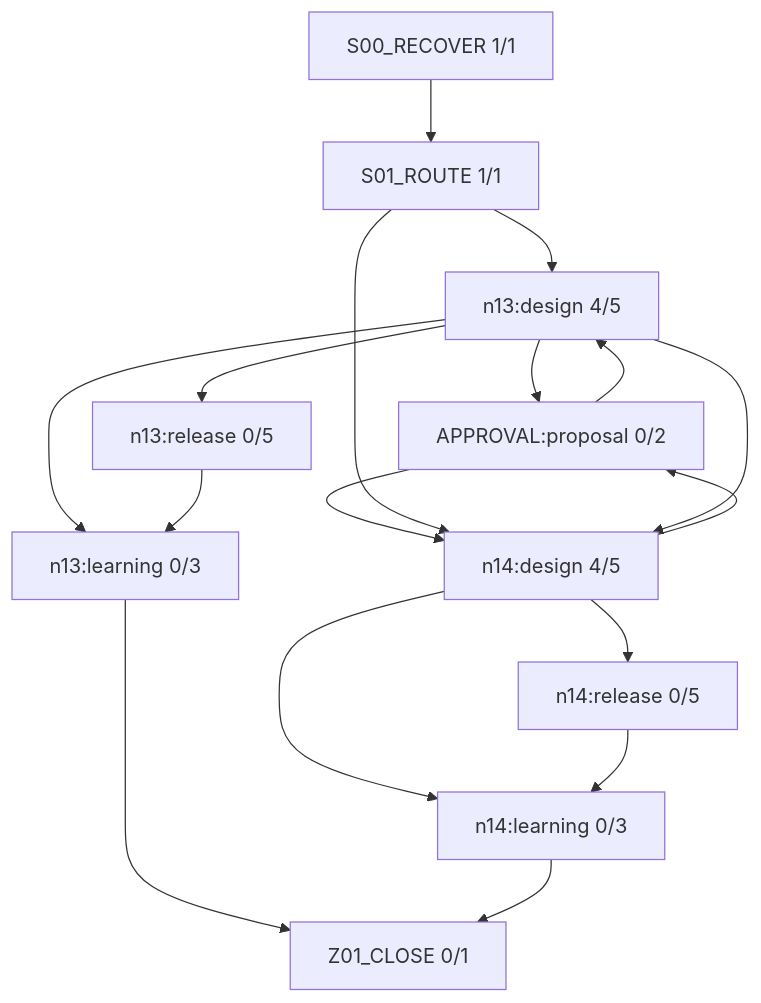
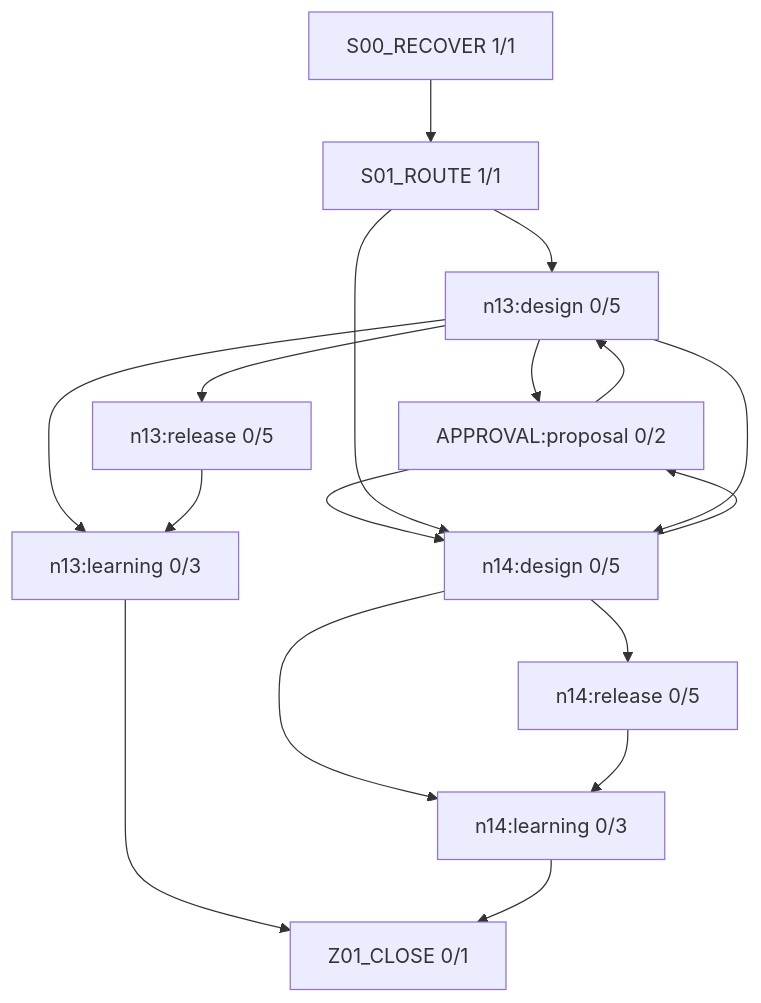
The diagram in work/items/W-MATH-048-n1314-source-audit/generated/FIRE_DIAGRAM.md (rrikunagasige-dot/kyotsu-step-web), drawn with Mermaid before and after one commit. The commit also changed other lines of this file and 32 other files, not shown here.

````diff
--- a/work/items/W-MATH-048-n1314-source-audit/generated/FIRE_DIAGRAM.md
+++ b/work/items/W-MATH-048-n1314-source-audit/generated/FIRE_DIAGRAM.md
@@ -5,29 +5,29 @@
 ```mermaid
 flowchart TD
   N0["S00_RECOVER 1/1"]
   N1["S01_ROUTE 1/1"]
-  N2["n13:design 4/5"]
+  N2["n13:design 0/5"]
   N3["APPROVAL:proposal 0/2"]
   N4["n13:release 0/5"]
-  N5["n14:design 4/5"]
+  N5["n14:design 0/5"]
   N6["n14:release 0/5"]
   N7["n13:learning 0/3"]
   N8["n14:learning 0/3"]
   N9["Z01_CLOSE 0/1"]
   N3 --> N2
   N3 --> N5
   N0 --> N1
   N1 --> N2
   N1 --> N5
   N2 --> N3
   N2 --> N7
   N2 --> N4
   N2 --> N5
   N7 --> N9
   N4 --> N7
   N5 --> N3
   N5 --> N8
   N5 --> N6
   N8 --> N9
   N6 --> N8
 ```
````
